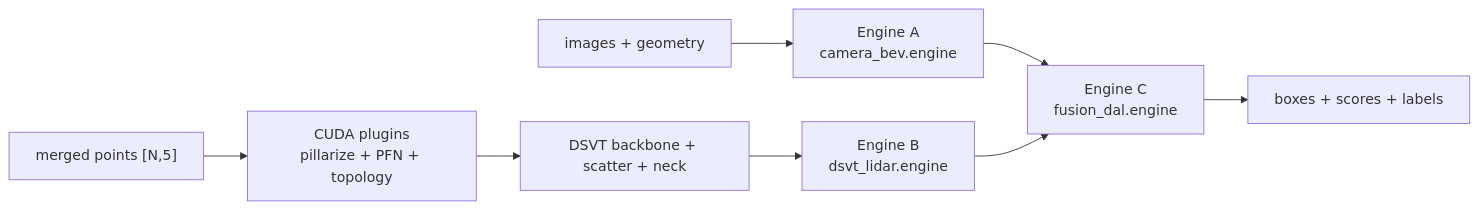
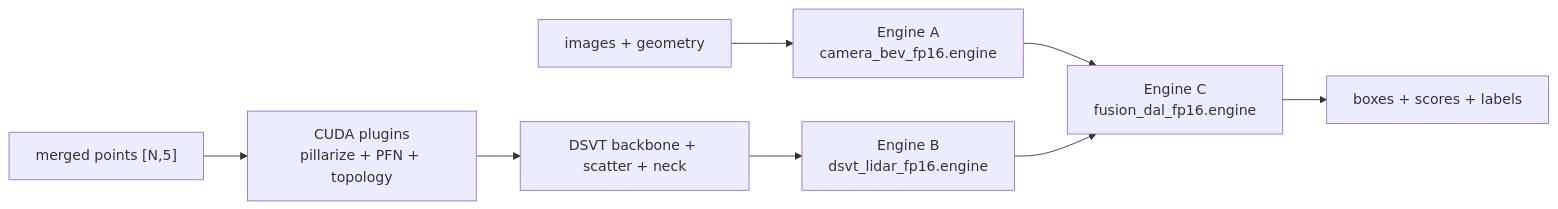
One commit to WK-Hanelso/bevfusion-new-arch changed the diagram in deployment/tensorrt/README.md. Above: the diagram before and after it, drawn with Mermaid. The commit also changed other lines of this file and 2 other files, not shown here.

````diff
--- a/deployment/tensorrt/README.md
+++ b/deployment/tensorrt/README.md
@@ -9,10 +9,10 @@
 ```mermaid
 flowchart LR
-    IMG["images + geometry"] --> A["Engine A<br/>camera_bev.engine"]
+    IMG["images + geometry"] --> A["Engine A<br/>camera_bev_fp16.engine"]
     PTS["merged points [N,5]"] --> VFE["CUDA plugins<br/>pillarize + PFN + topology"]
     VFE --> DSVT["DSVT backbone + scatter + neck"]
-    DSVT --> B["Engine B<br/>dsvt_lidar.engine"]
-    A --> C["Engine C<br/>fusion_dal.engine"]
+    DSVT --> B["Engine B<br/>dsvt_lidar_fp16.engine"]
+    A --> C["Engine C<br/>fusion_dal_fp16.engine"]
     B --> C
     C --> OUT["boxes + scores + labels"]
 ```
````
